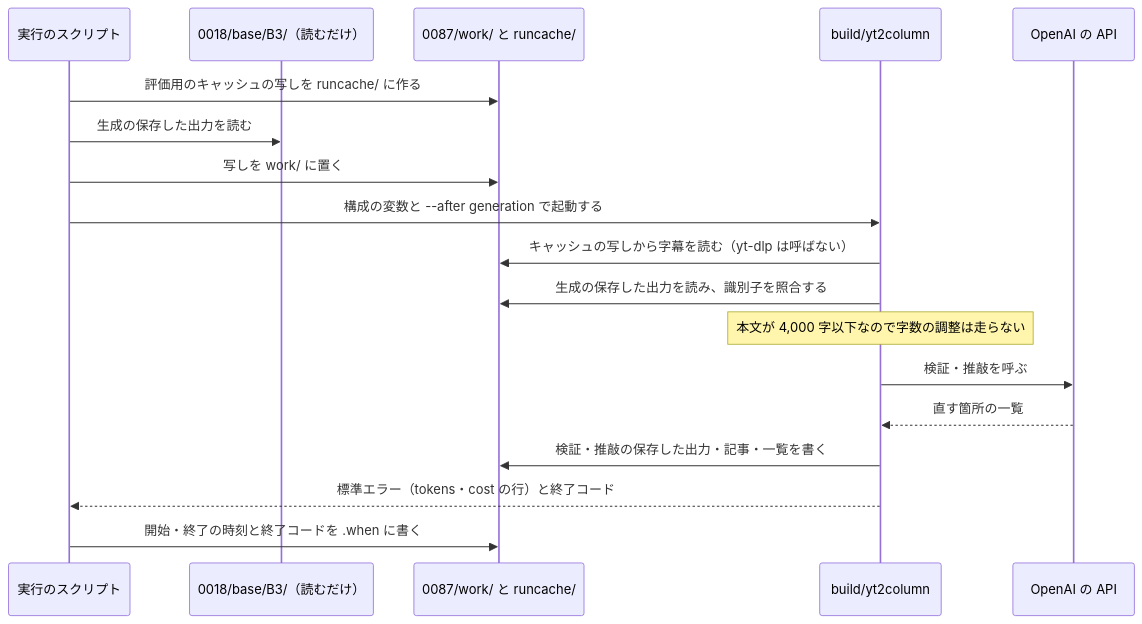
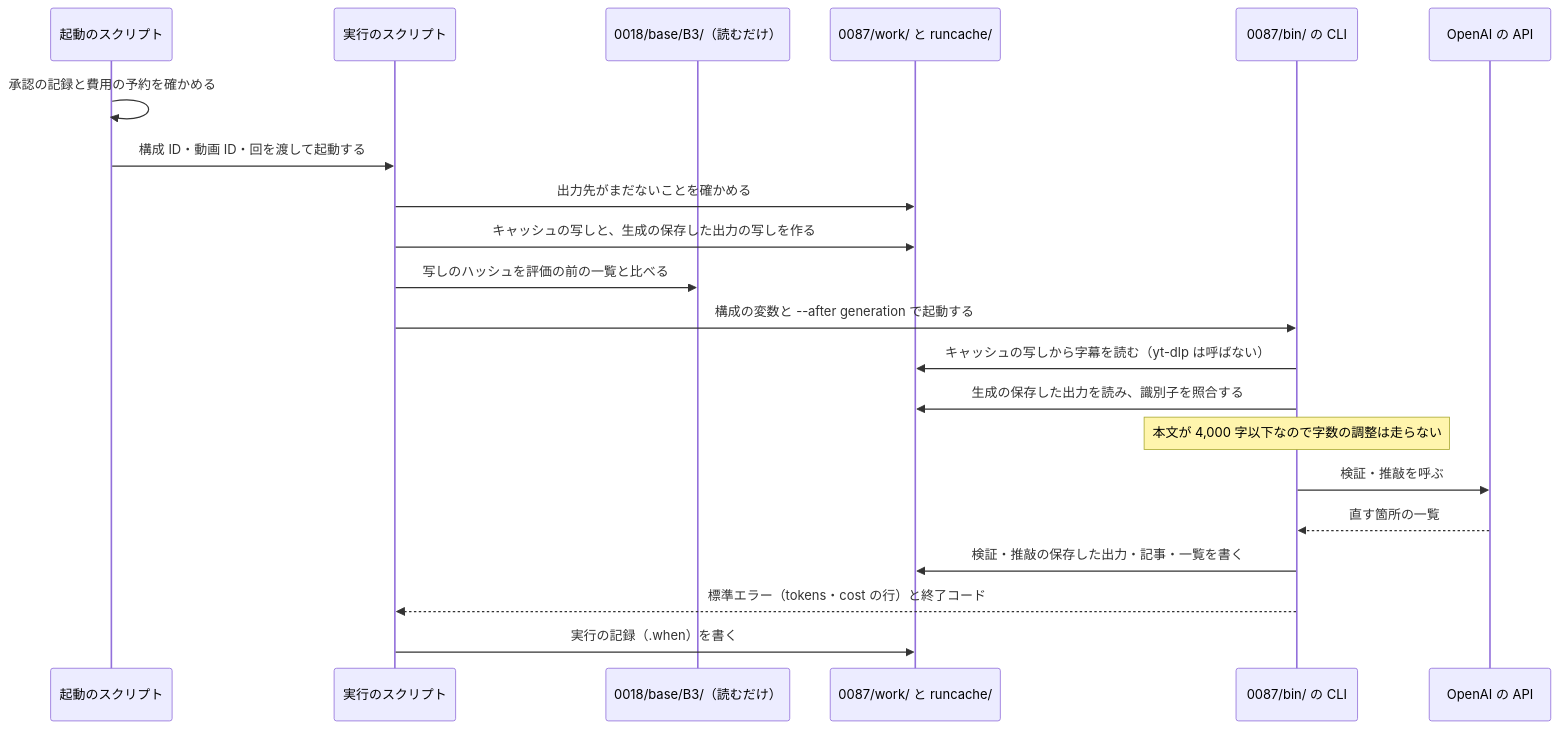
One commit to isseis/yt2column changed the third of 6 diagrams in docs/tasks/0087_openai_combination_eval/02_architecture.md. Above: the diagram before and after it, drawn with Mermaid. The commit also changed other lines of this file, not shown here.

First line of the commit message:
docs(0087): address the architecture review and the prose pass

````diff
--- a/docs/tasks/0087_openai_combination_eval/02_architecture.md
+++ b/docs/tasks/0087_openai_combination_eval/02_architecture.md
@@ -189,21 +204,24 @@
 ```mermaid
 sequenceDiagram
+    participant L as 起動のスクリプト
     participant S as 実行のスクリプト
     participant B as 0018/base/B3/（読むだけ）
     participant W as 0087/work/ と runcache/
-    participant C as build/yt2column
+    participant C as 0087/bin/ の CLI
     participant O as OpenAI の API
 
-    S->>W: 評価用のキャッシュの写しを runcache/ に作る
-    S->>B: 生成の保存した出力を読む
-    S->>W: 写しを work/ に置く
+    L->>L: 承認の記録と費用の予約を確かめる
+    L->>S: 構成 ID・動画 ID・回を渡して起動する
+    S->>W: 出力先がまだないことを確かめる
+    S->>W: キャッシュの写しと、生成の保存した出力の写しを作る
+    S->>B: 写しのハッシュを評価の前の一覧と比べる
     S->>C: 構成の変数と --after generation で起動する
     C->>W: キャッシュの写しから字幕を読む（yt-dlp は呼ばない）
     C->>W: 生成の保存した出力を読み、識別子を照合する
     Note over C: 本文が 4,000 字以下なので字数の調整は走らない
     C->>O: 検証・推敲を呼ぶ
     O-->>C: 直す箇所の一覧
     C->>W: 検証・推敲の保存した出力・記事・一覧を書く
     C-->>S: 標準エラー（tokens・cost の行）と終了コード
-    S->>W: 開始・終了の時刻と終了コードを .when に書く
+    S->>W: 実行の記録（.when）を書く
 ```
````
